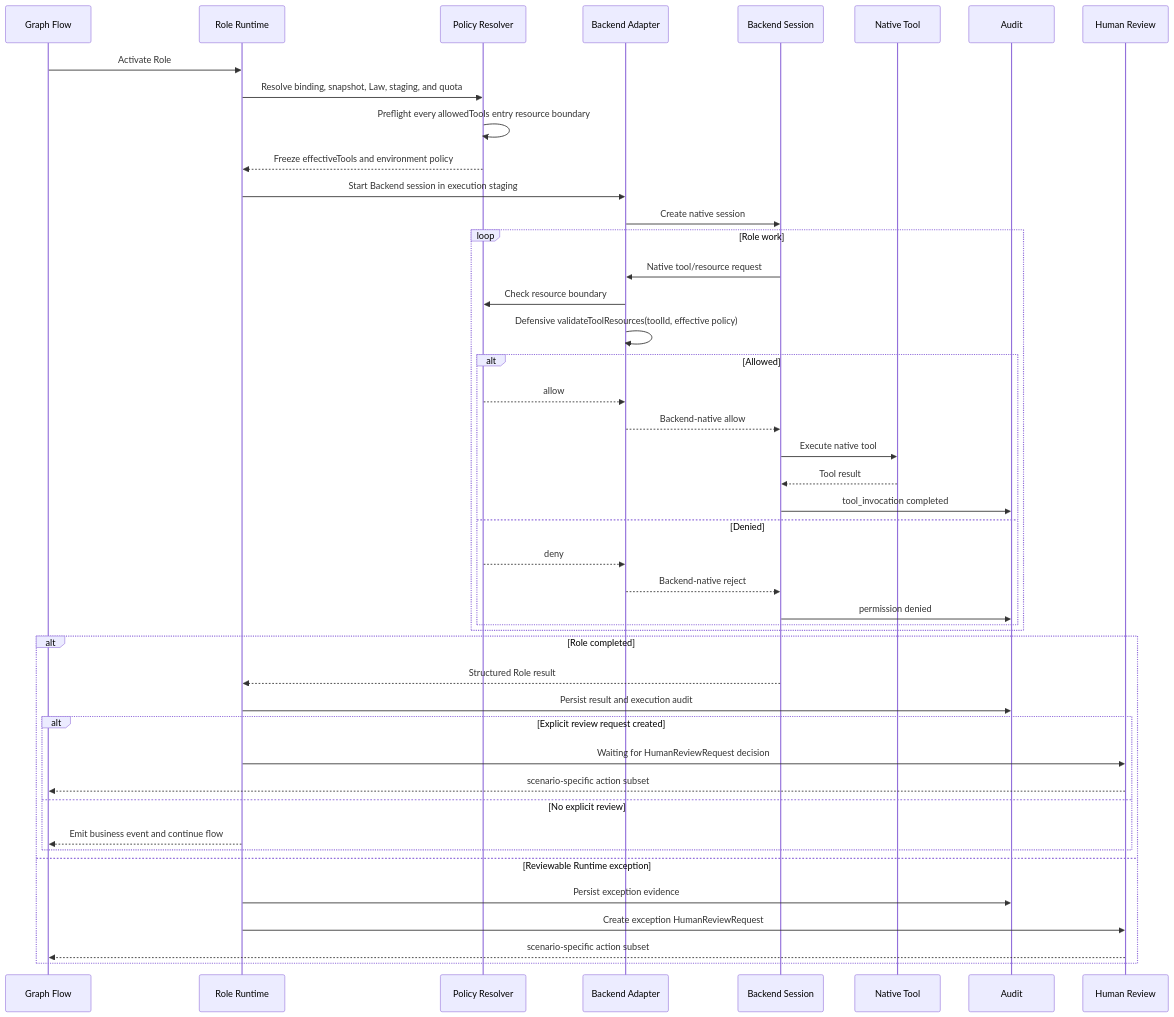
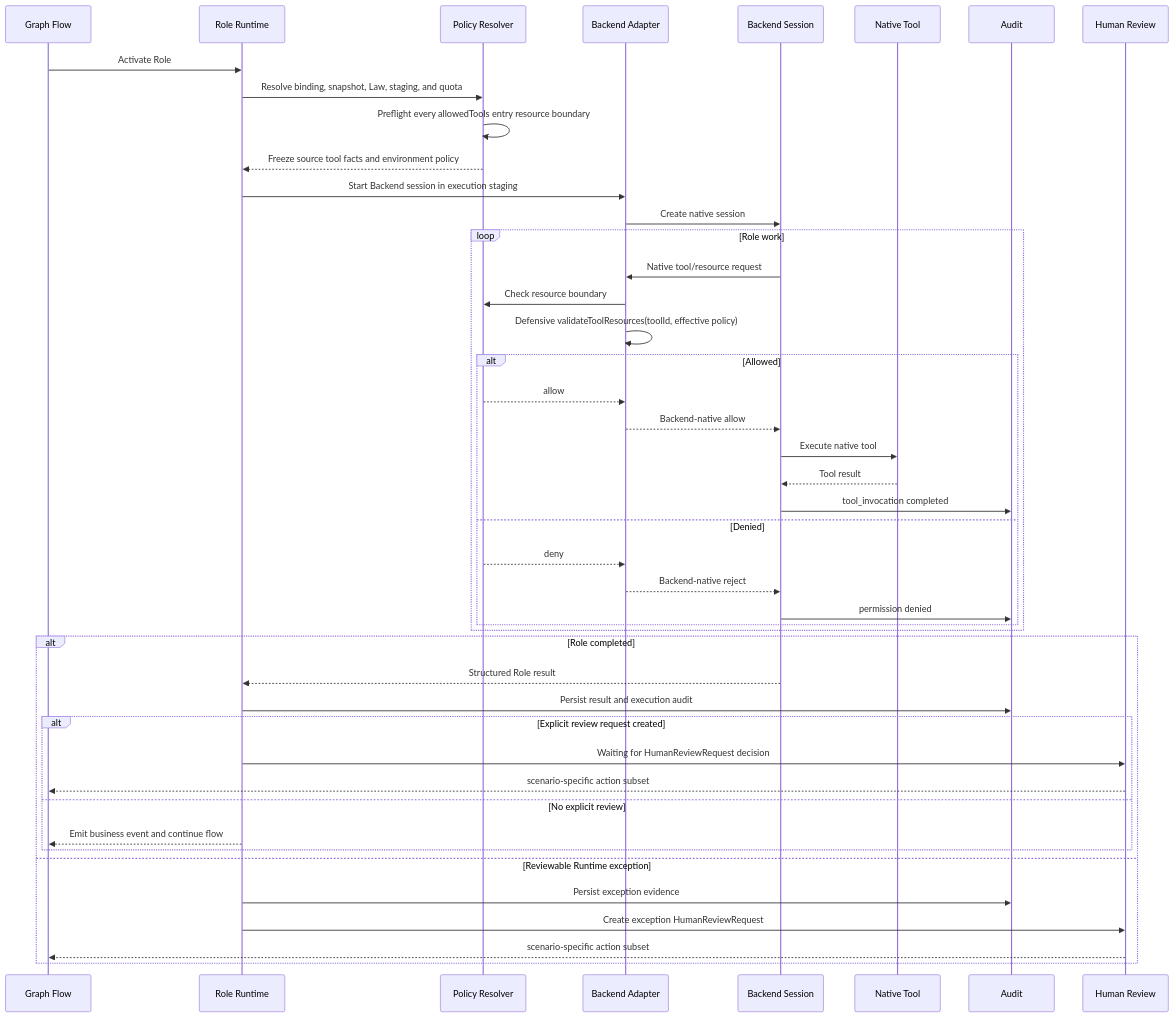
The fifth of 7 diagrams in docs/development/role-execution-architecture.md (Fredericzhou/ogsystem), drawn with Mermaid before and after one commit. The commit also changed other lines of this file and 43 other files, not shown here.

Commit message:
docs(v2): publish architecture and acceptance guidance

````diff
--- a/docs/development/role-execution-architecture.md
+++ b/docs/development/role-execution-architecture.md
@@ -1697,50 +1697,50 @@
 ```mermaid
 sequenceDiagram
     participant F as Graph Flow
     participant R as Role Runtime
     participant P as Policy Resolver
     participant A as Backend Adapter
     participant B as Backend Session
     participant T as Native Tool
     participant U as Audit
     participant H as Human Review
 
     F->>R: Activate Role
     R->>P: Resolve binding, snapshot, Law, staging, and quota
     P->>P: Preflight every allowedTools entry resource boundary
-    P-->>R: Freeze effectiveTools and environment policy
+    P-->>R: Freeze source tool facts and environment policy
     R->>A: Start Backend session in execution staging
     A->>B: Create native session
 
     loop Role work
         B->>A: Native tool/resource request
         A->>P: Check resource boundary
         A->>A: Defensive validateToolResources(toolId, effective policy)
         alt Allowed
             P-->>A: allow
             A-->>B: Backend-native allow
             B->>T: Execute native tool
             T-->>B: Tool result
             B->>U: tool_invocation completed
         else Denied
             P-->>A: deny
             A-->>B: Backend-native reject
             B->>U: permission denied
         end
     end
 
     alt Role completed
         B-->>R: Structured Role result
         R->>U: Persist result and execution audit
         alt Explicit review request created
             R->>H: Waiting for HumanReviewRequest decision
             H-->>F: scenario-specific action subset
         else No explicit review
             R-->>F: Emit business event and continue flow
         end
     else Reviewable Runtime exception
         R->>U: Persist exception evidence
         R->>H: Create exception HumanReviewRequest
         H-->>F: scenario-specific action subset
     end
 ```
````
